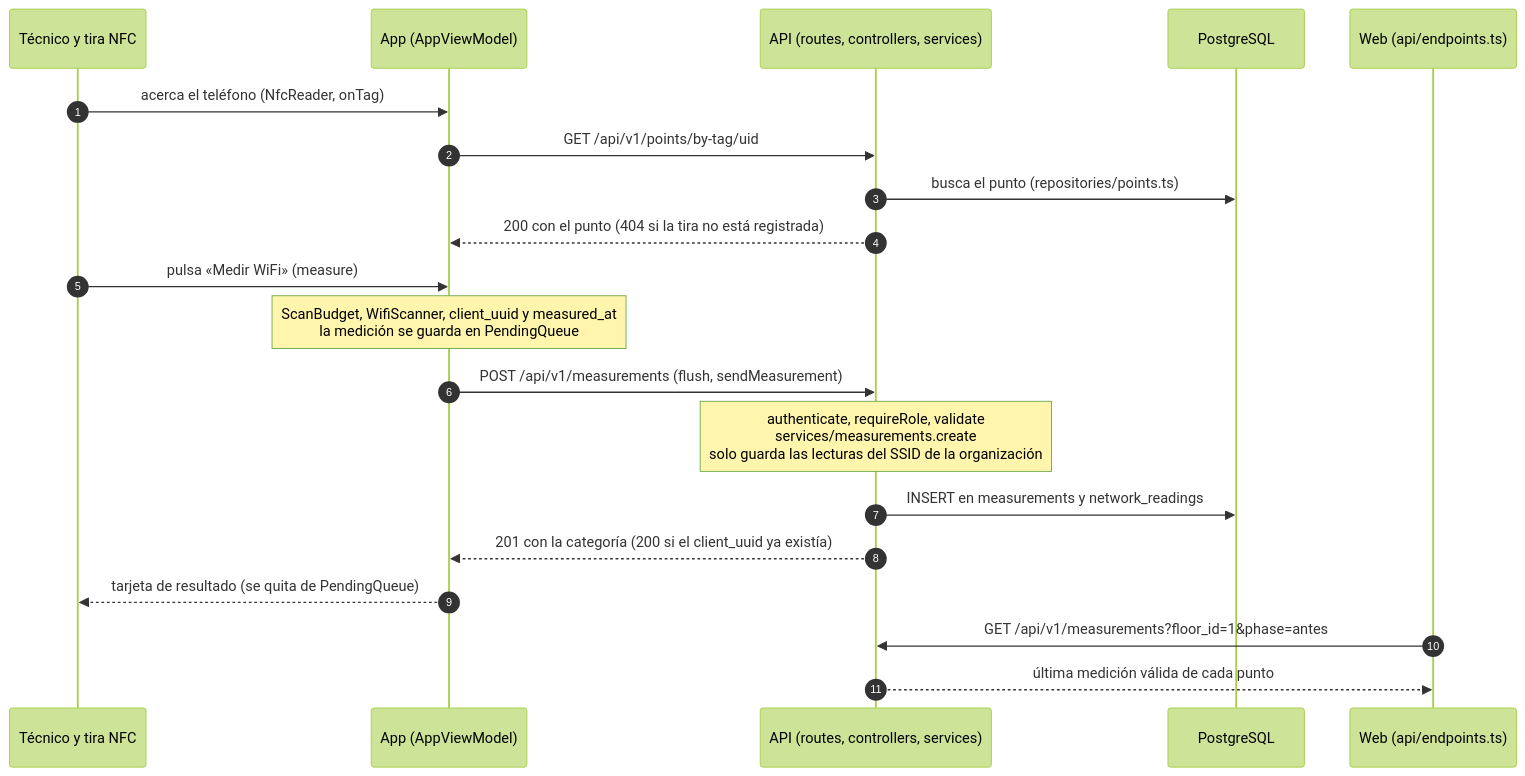
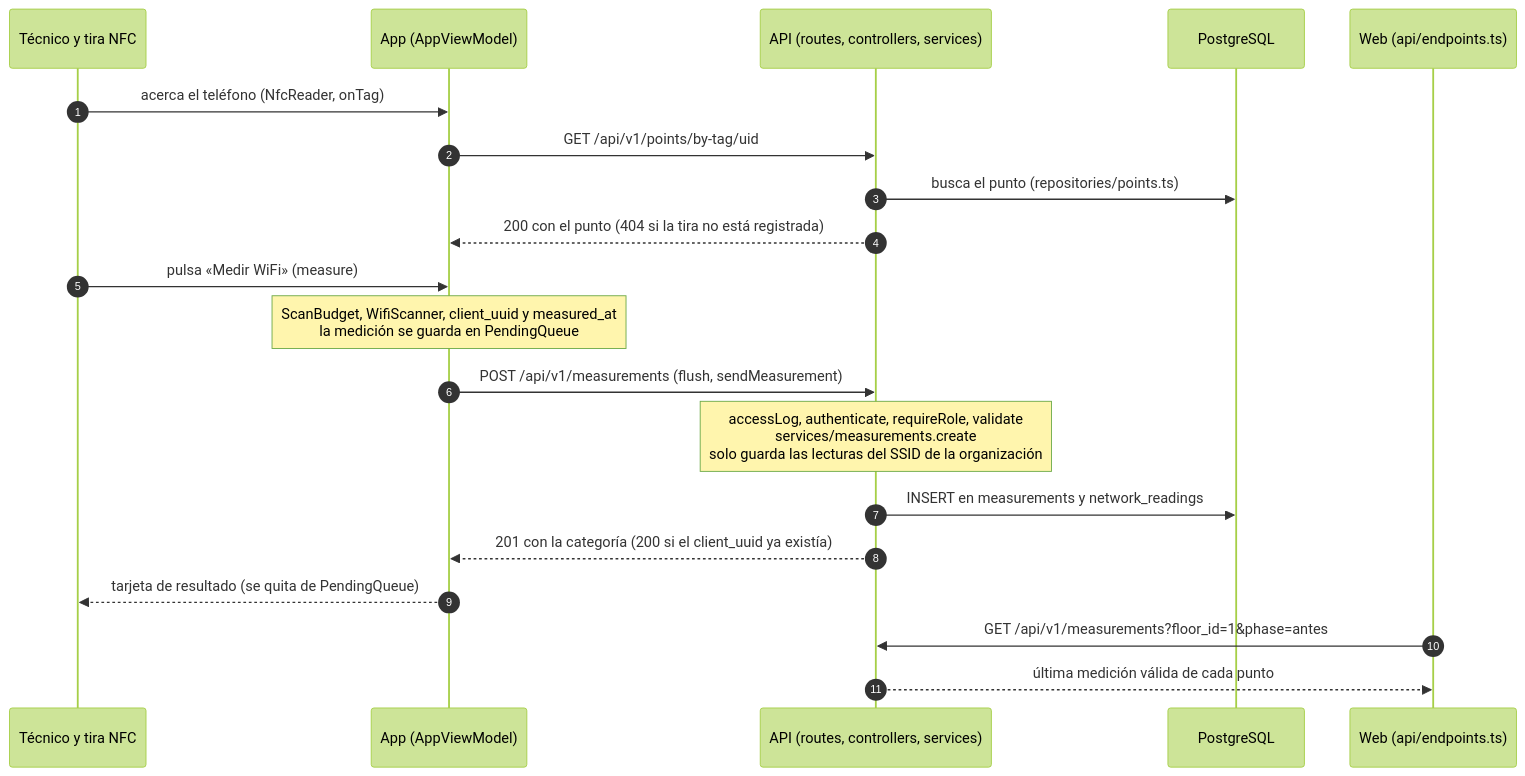
The second of 4 diagrams in docs/documento-final.md (Signali/MapeoWifiSignal), drawn with Mermaid (forest theme) before and after one commit. The commit also changed other lines of this file and 12 other files, not shown here.

````diff
--- a/docs/documento-final.md
+++ b/docs/documento-final.md
@@ -97,22 +97,22 @@
 ```mermaid
 sequenceDiagram
   autonumber
   participant T as Técnico y tira NFC
   participant A as App (AppViewModel)
   participant API as API (routes, controllers, services)
   participant DB as PostgreSQL
   participant W as Web (api/endpoints.ts)
   T->>A: acerca el teléfono (NfcReader, onTag)
   A->>API: GET /api/v1/points/by-tag/uid
   API->>DB: busca el punto (repositories/points.ts)
   API-->>A: 200 con el punto (404 si la tira no está registrada)
   T->>A: pulsa «Medir WiFi» (measure)
   Note over A: ScanBudget, WifiScanner, client_uuid y measured_at<br/>la medición se guarda en PendingQueue
   A->>API: POST /api/v1/measurements (flush, sendMeasurement)
-  Note over API: authenticate, requireRole, validate<br/>services/measurements.create<br/>solo guarda las lecturas del SSID de la organización
+  Note over API: accessLog, authenticate, requireRole, validate<br/>services/measurements.create<br/>solo guarda las lecturas del SSID de la organización
   API->>DB: INSERT en measurements y network_readings
   API-->>A: 201 con la categoría (200 si el client_uuid ya existía)
   A-->>T: tarjeta de resultado (se quita de PendingQueue)
   W->>API: GET /api/v1/measurements?floor_id=1&phase=antes
   API-->>W: última medición válida de cada punto
 ```
````
